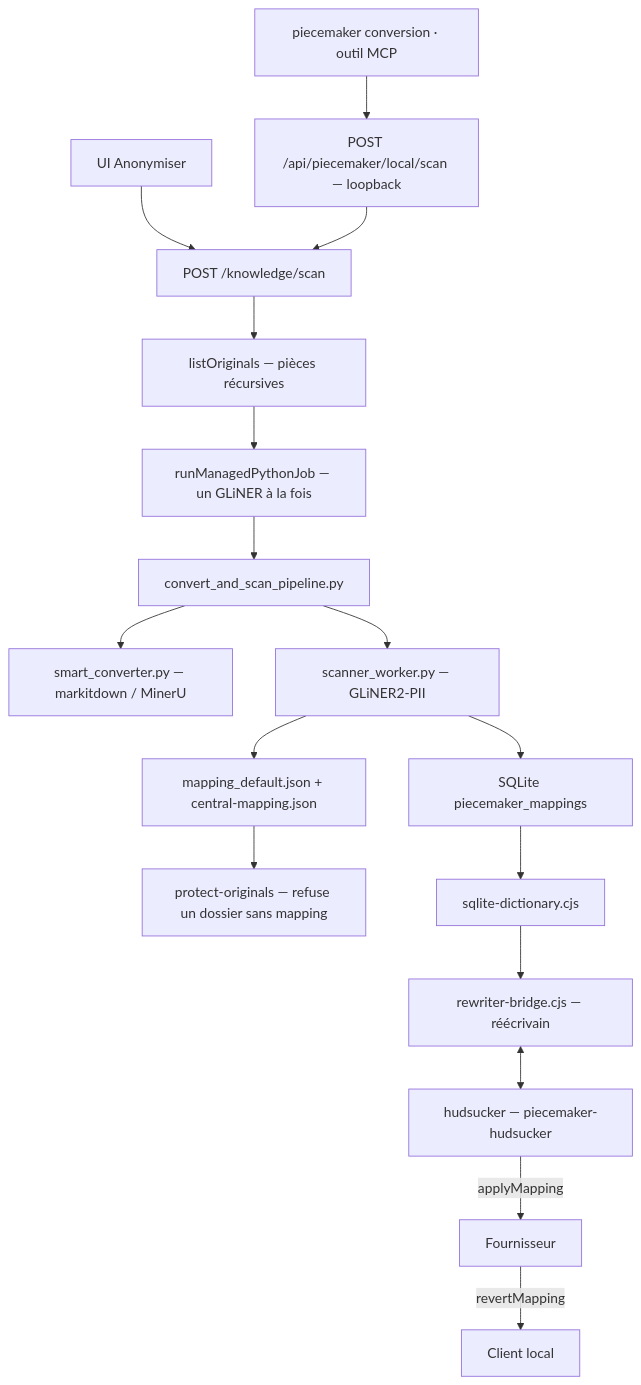
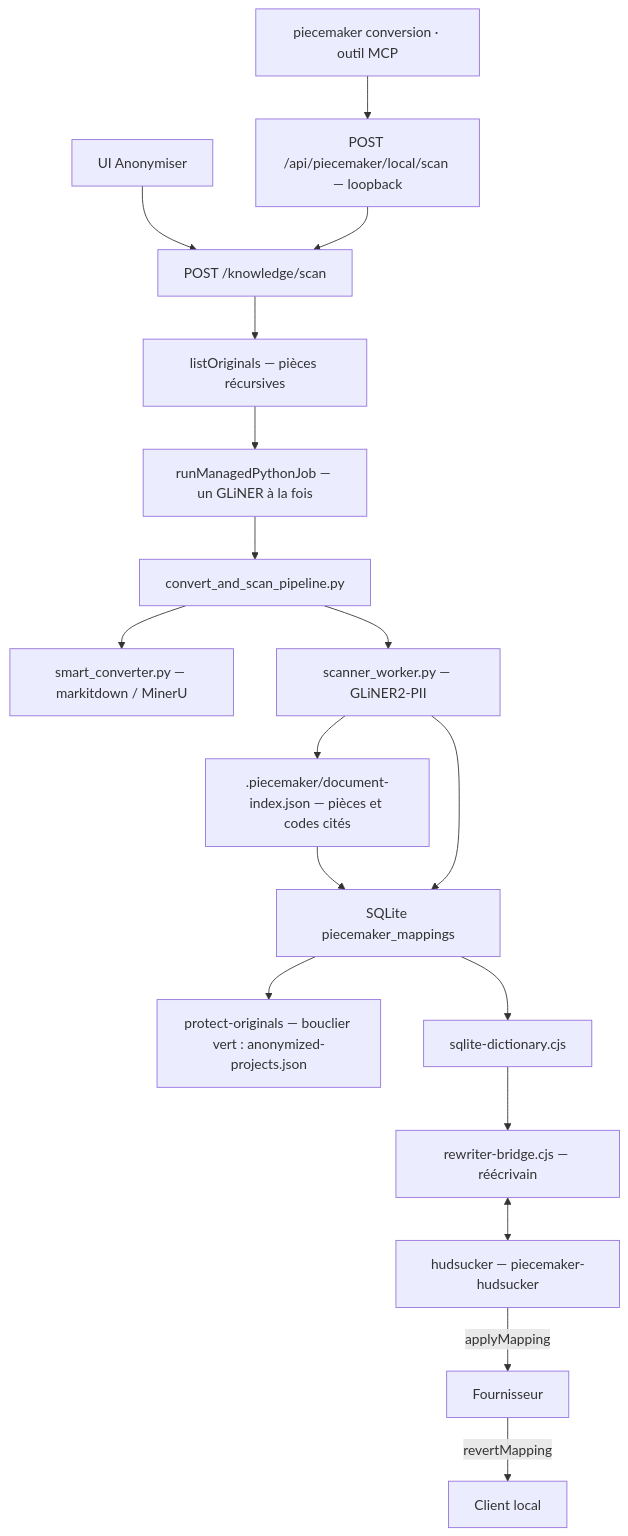
Before and after one commit to PieceMaker-Legal/piecemaker-droit-francais: the diagram in docs/anonymisation.md, drawn with Mermaid. The commit also changed other lines of this file, not shown here.

First line of the commit message:
docs(anonymisation): plus aucun mapping JSON écrit, document-index réécrit à chaque scan

````diff
--- a/docs/anonymisation.md
+++ b/docs/anonymisation.md
@@ -15,19 +15,20 @@
 ```mermaid
 flowchart TD
   UI["UI Anonymiser"] --> API["POST /knowledge/scan"]
   CLI["piecemaker conversion · outil MCP"] --> LOCAL["POST /api/piecemaker/local/scan — loopback"]
   LOCAL --> API
   API --> LIST["listOriginals — pièces récursives"]
   LIST --> LOCK["runManagedPythonJob — un GLiNER à la fois"]
   LOCK --> PY["convert_and_scan_pipeline.py"]
   PY --> MD["smart_converter.py — markitdown / MinerU"]
   PY --> SCAN["scanner_worker.py — GLiNER2-PII"]
-  SCAN --> JSON["mapping_default.json + central-mapping.json"]
+  SCAN --> IDX[".piecemaker/document-index.json — pièces et codes cités"]
+  IDX --> SQL
   SCAN --> SQL["SQLite piecemaker_mappings"]
-  JSON --> HOOK["protect-originals — refuse un dossier sans mapping"]
+  SQL --> HOOK["protect-originals — bouclier vert : anonymized-projects.json"]
   SQL --> DICT["sqlite-dictionary.cjs"]
   DICT --> BRIDGE["rewriter-bridge.cjs — réécrivain"]
   BRIDGE <--> PROXY["hudsucker — piecemaker-hudsucker"]
   PROXY -->|"applyMapping"| UP["Fournisseur"]
   UP -->|"revertMapping"| DOWN["Client local"]
 ```
````
